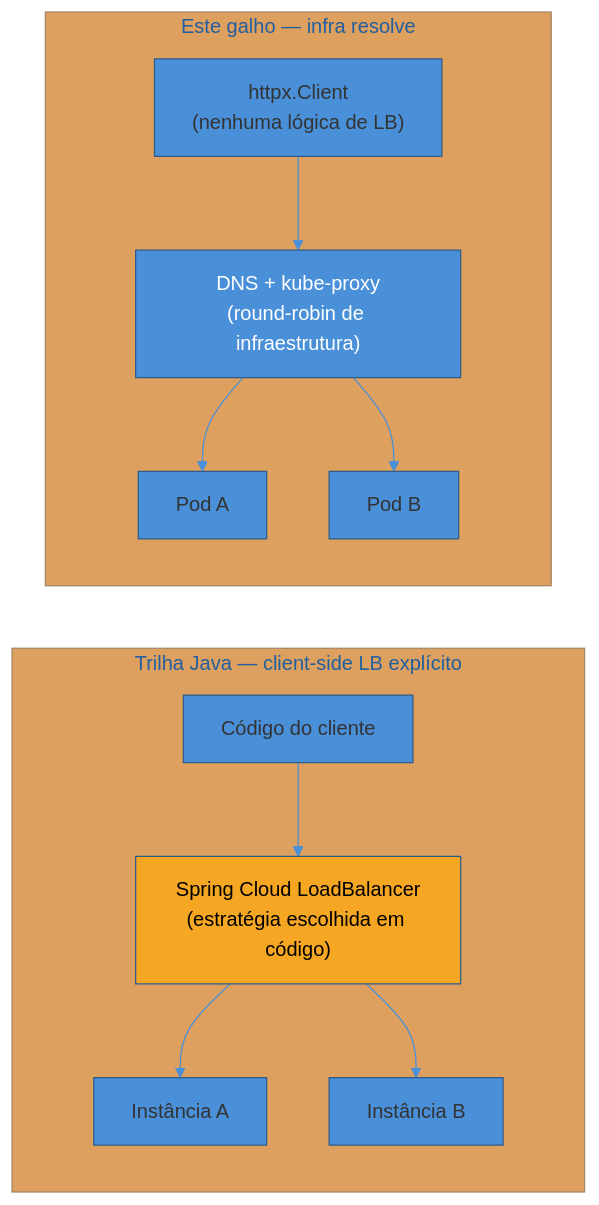
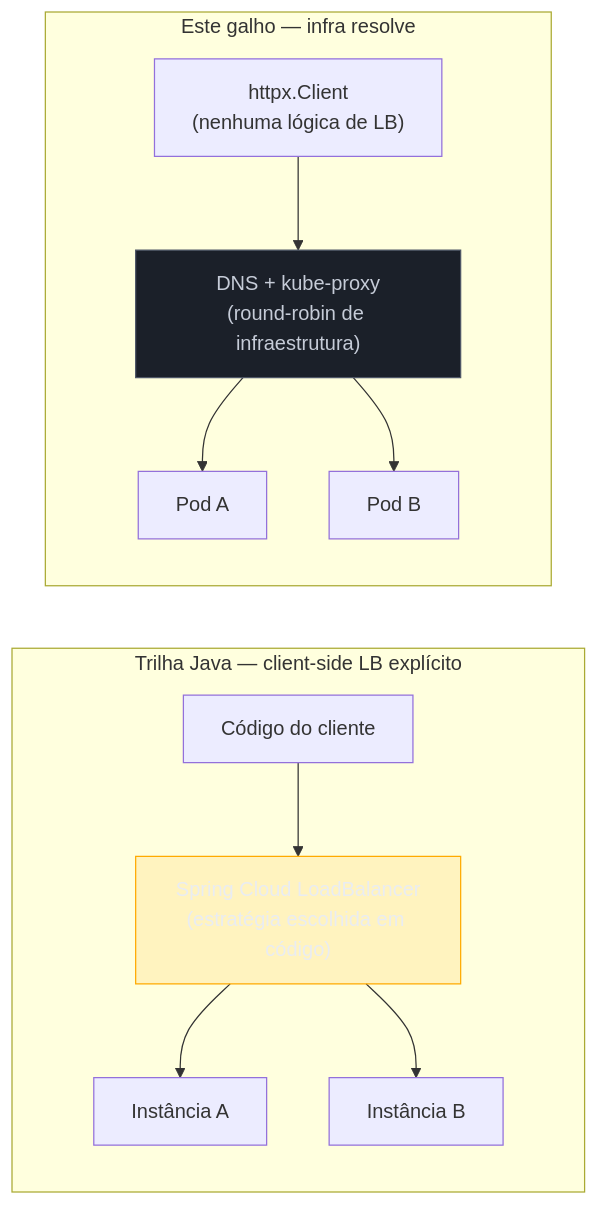
One commit to josenaldo/codex-technomanticus changed the third of 3 diagrams in 03-Dominios/Tecnologia/Python/Microservices e sistemas distribuídos/05 - Service discovery na prática.md. Above: the diagram before and after it, drawn with Mermaid. The commit also changed other lines of this file and 1181 other files, not shown here.

First line of the commit message:
fix(diagramas): paleta do sistema no lugar de cor cravada no markdown

````diff
--- a/03-Dominios/Tecnologia/Python/Microservices e sistemas distribuídos/05 - Service discovery na prática.md
+++ b/03-Dominios/Tecnologia/Python/Microservices e sistemas distribuídos/05 - Service discovery na prática.md
@@ -144,20 +142,21 @@
 ```mermaid
-%%{init: {"theme": "base", "themeVariables": {"primaryColor": "#4A90D9", "primaryBorderColor": "#2E5C8A", "lineColor": "#4A90D9"}}}%%
 flowchart LR
+    classDef destaque fill:#FFAA0024,stroke:#FFAA00,color:#E9ECF2
+    classDef neutro fill:#1B2029,stroke:#4E5666,color:#C6CCD8
     subgraph Java["Trilha Java — client-side LB explícito"]
         direction TB
         JC["Código do cliente"] --> JLB["Spring Cloud LoadBalancer\n(estratégia escolhida em código)"]
         JLB --> JI1["Instância A"]
         JLB --> JI2["Instância B"]
     end
 
     subgraph Python["Este galho — infra resolve"]
         direction TB
         PC["httpx.Client\n(nenhuma lógica de LB)"] --> PDNS["DNS + kube-proxy\n(round-robin de infraestrutura)"]
         PDNS --> PI1["Pod A"]
         PDNS --> PI2["Pod B"]
     end
 
-    style JLB fill:#F5A623,color:#000
-    style PDNS fill:#4A90D9,color:#fff
+    class JLB destaque
+    class PDNS neutro
 ```
````
